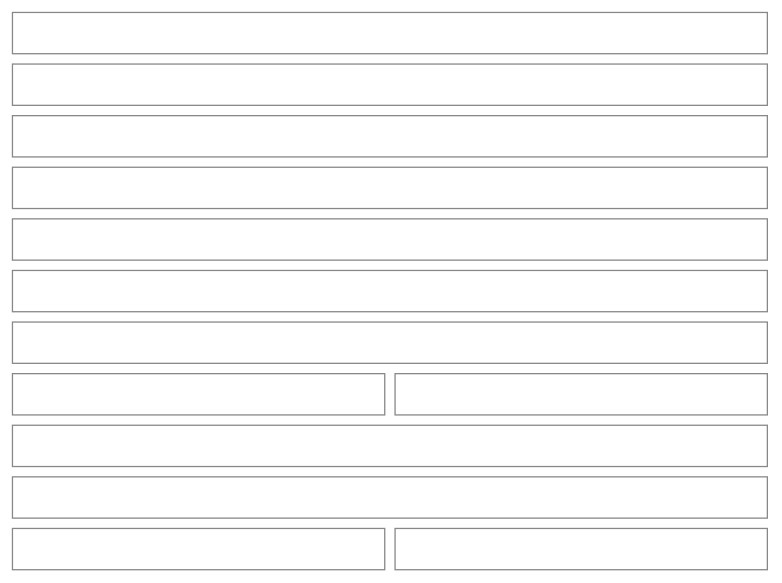
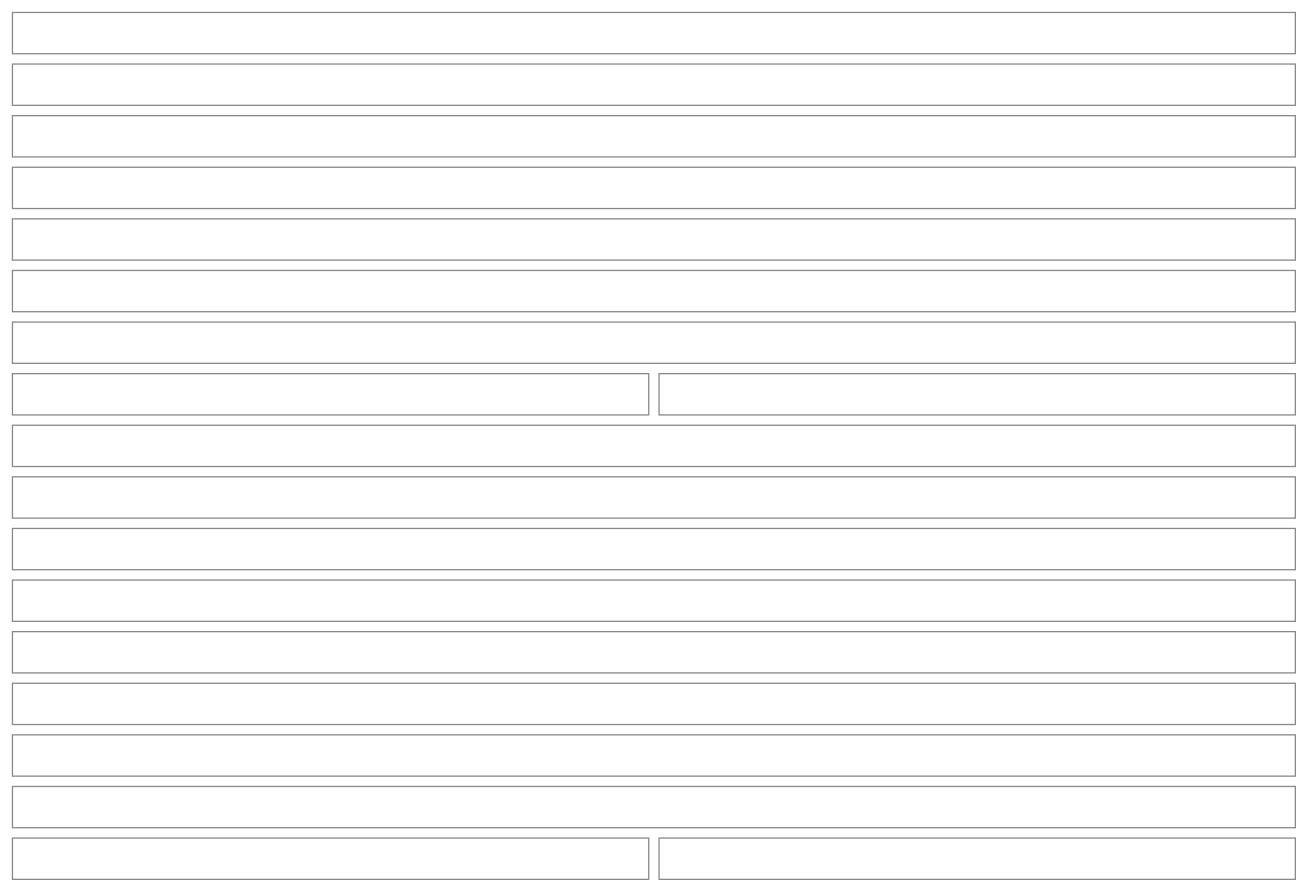
Diagram 20 of 48 in src/apps/pinch/UX.md (NovaMoonX/moondreams-dev-apps), drawn with Mermaid before and after one commit. The commit also changed other lines of this file and 43 other files, not shown here.

````diff
--- a/src/apps/pinch/UX.md
+++ b/src/apps/pinch/UX.md
@@ -646,31 +656,43 @@
 ```mermaid
 %%{init: {'theme': 'base', 'themeVariables': {'primaryColor': 'transparent', 'primaryBorderColor': '#888888', 'primaryTextColor': '#333333', 'lineColor': '#888888'}}}%%
 block-beta
   columns 2
   T1["Adobo chicken"]:2
-  T2["🍽️ 4 servings · 🔪 Prep 10 min · ⏲️ Cook 35 min · 📖 From Serious Eats"]:2
+  T2["🍽️ 4 servings · 🔪 Prep 10 min · ⏲️ Cook 35 min · 📖 From Serious Eats · ✏️ Last tweaked Oct 6 (only once a tweak exists)"]:2
   T3["✅ Cooked 3 times · last Oct 12 (only once it has been cooked)"]:2
   T4["Cost $12.80 ⚠ · $3.20 per serving"]:2
   T5["🔥 495 · 💪 61g · 🌾 3g · 🥑 25g (when on)"]:2
   T6["2 ingredients need a price · Add prices   ✕"]:2
   T7["INGREDIENTS 6"]:2
   T8["Chicken thighs"]:1
   T9["2 lb"]:1
   T10["STEPS"]:2
   T11["1. Marinate the chicken…"]:2
+  N1["NOTES 3"]:2
+  N2["Add a note · Something to remember next time"]:2
+  N3["Oct 11 · Edit · After cooking on Oct 11 · Much better with less vinegar… (More)"]:2
+  N4["Changed on Oct 6 · Tweak · Edit · You changed: White vinegar 0.5 → 0.25 cup · the why"]:2
+  N5["Sep 30 · Edit · Mom says a splash of… · Written before your Oct 6 tweak"]:2
+  N6["Show 7 more (past five entries, when more than three would hide)"]:2
   T12["Modify"]:1
   T13["Add to calendar"]:1
   style T1 fill:transparent,stroke:#888888,stroke-width:1px;
   style T2 fill:transparent,stroke:#888888,stroke-width:1px;
   style T3 fill:transparent,stroke:#888888,stroke-width:1px;
   style T4 fill:transparent,stroke:#888888,stroke-width:1px;
   style T5 fill:transparent,stroke:#888888,stroke-width:1px;
   style T6 fill:transparent,stroke:#888888,stroke-width:1px;
   style T7 fill:transparent,stroke:#888888,stroke-width:1px;
   style T8 fill:transparent,stroke:#888888,stroke-width:1px;
   style T9 fill:transparent,stroke:#888888,stroke-width:1px;
   style T10 fill:transparent,stroke:#888888,stroke-width:1px;
   style T11 fill:transparent,stroke:#888888,stroke-width:1px;
   style T12 fill:transparent,stroke:#888888,stroke-width:1px;
   style T13 fill:transparent,stroke:#888888,stroke-width:1px;
+  style N1 fill:transparent,stroke:#888888,stroke-width:1px;
+  style N2 fill:transparent,stroke:#888888,stroke-width:1px;
+  style N3 fill:transparent,stroke:#888888,stroke-width:1px;
+  style N4 fill:transparent,stroke:#888888,stroke-width:1px;
+  style N5 fill:transparent,stroke:#888888,stroke-width:1px;
+  style N6 fill:transparent,stroke:#888888,stroke-width:1px;
 ```
````
